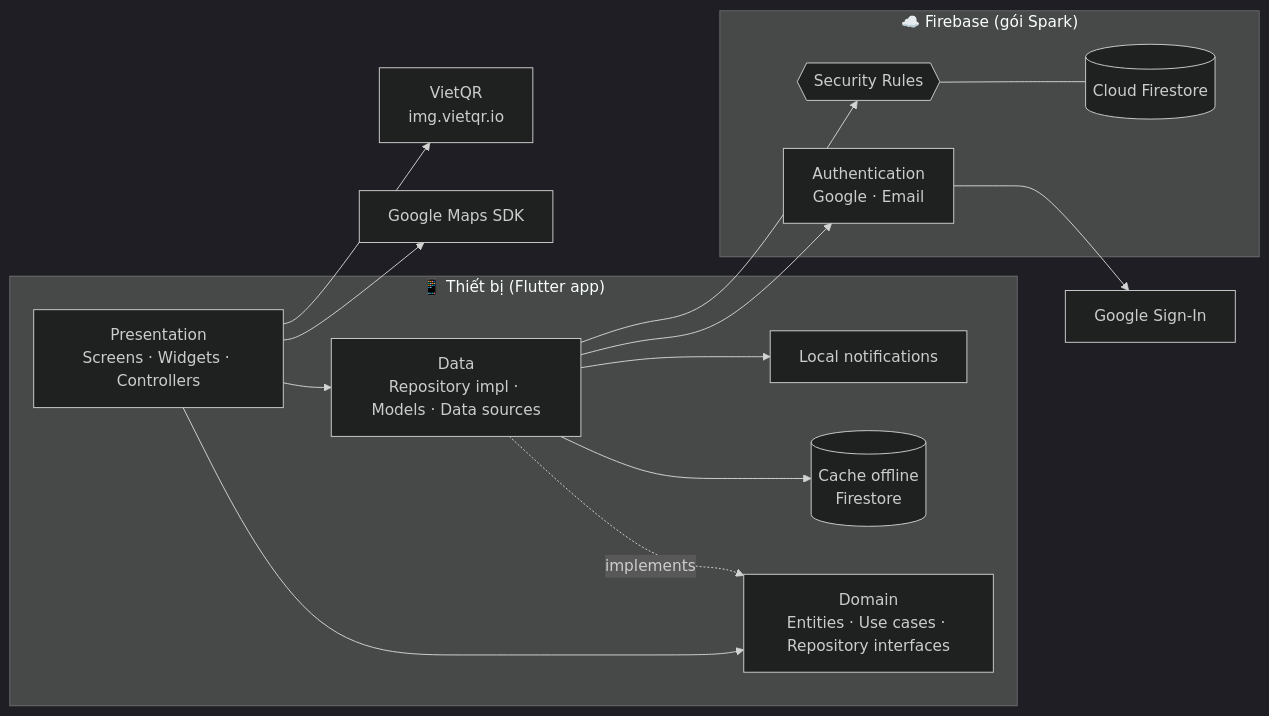
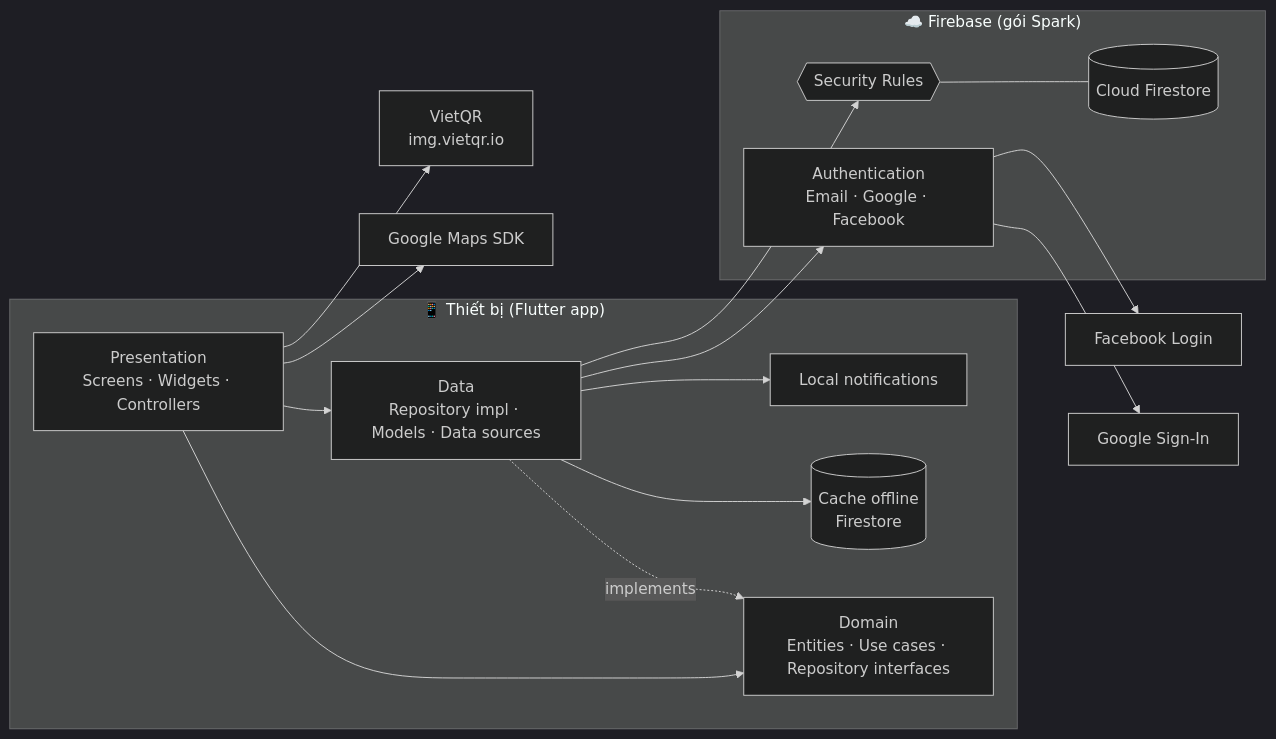
The first of 5 diagrams in docs/05-kien-truc.md (hoangclh0722-netizen/gogoal), drawn with Mermaid (dark theme) before and after one commit. The commit also changed other lines of this file and 123 other files, not shown here.

````diff
--- a/docs/05-kien-truc.md
+++ b/docs/05-kien-truc.md
@@ -5,32 +5,34 @@
 ```mermaid
 flowchart LR
     subgraph Device["📱 Thiết bị (Flutter app)"]
         UI["Presentation<br/>Screens · Widgets · Controllers"]
         DOM["Domain<br/>Entities · Use cases · Repository interfaces"]
         DATA["Data<br/>Repository impl · Models · Data sources"]
         LN["Local notifications"]
         CACHE[("Cache offline<br/>Firestore")]
         UI --> DOM
         DATA -. implements .-> DOM
         UI --> DATA
         DATA --> CACHE
         DATA --> LN
     end
 
     subgraph Firebase["☁️ Firebase (gói Spark)"]
-        AUTH["Authentication<br/>Google · Email"]
+        AUTH["Authentication<br/>Email · Google · Facebook"]
         FS[("Cloud Firestore")]
         RULES{{"Security Rules"}}
         RULES --- FS
     end
 
     GSI["Google Sign-In"]
+    FBL["Facebook Login"]
     MAPS["Google Maps SDK"]
     VQR["VietQR<br/>img.vietqr.io"]
 
     DATA --> AUTH
     DATA --> RULES
     AUTH --> GSI
+    AUTH --> FBL
     UI --> MAPS
     UI --> VQR
 ```
````
